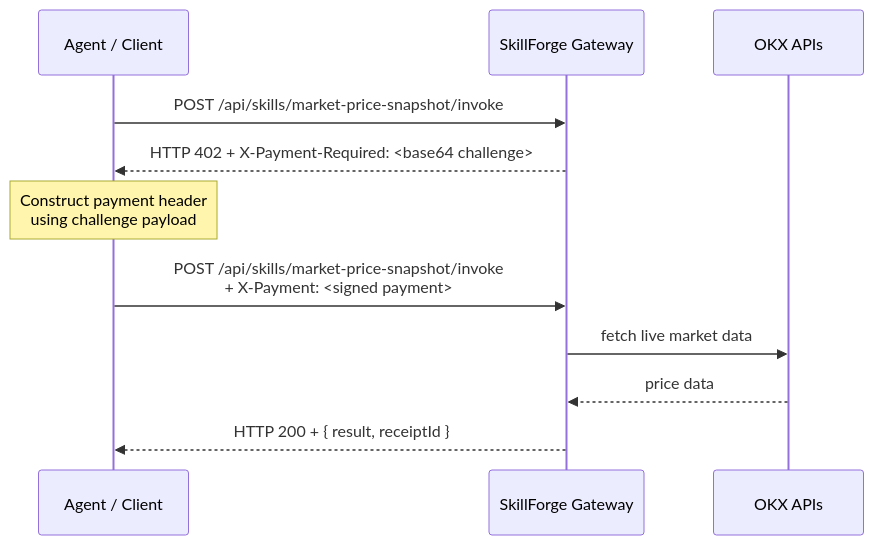
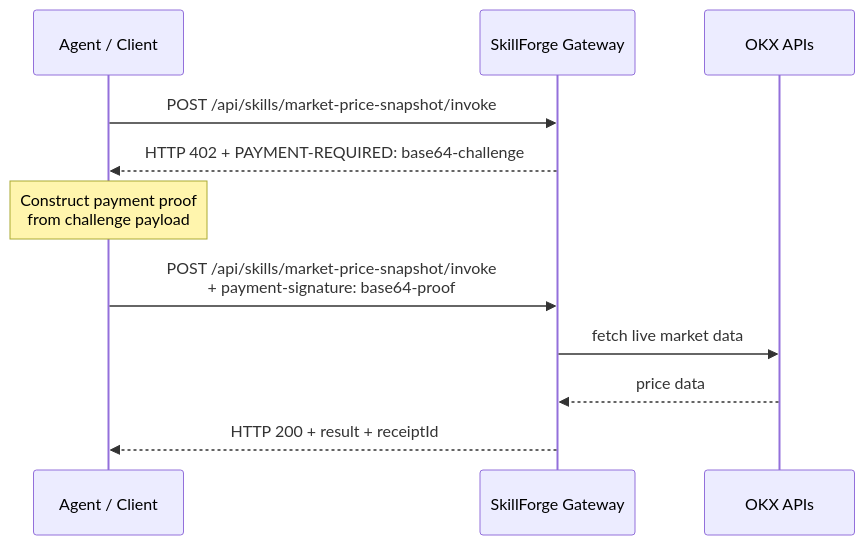
The second of 2 diagrams in README.md (Vinaystwt/skillforge), drawn with Mermaid before and after one commit. The commit also changed other lines of this file, not shown here.

Commit message:
fix readme diagrams

````diff
--- a/README.md
+++ b/README.md
@@ -74,16 +71,16 @@
 ```mermaid
 sequenceDiagram
     participant A as Agent / Client
     participant G as SkillForge Gateway
     participant O as OKX APIs
 
     A->>G: POST /api/skills/market-price-snapshot/invoke
-    G-->>A: HTTP 402 + X-Payment-Required: <base64 challenge>
+    G-->>A: HTTP 402 + PAYMENT-REQUIRED: base64-challenge
 
-    Note over A: Construct payment header<br/>using challenge payload
+    Note over A: Construct payment proof<br/>from challenge payload
 
-    A->>G: POST /api/skills/market-price-snapshot/invoke<br/>+ X-Payment: <signed payment>
+    A->>G: POST /api/skills/market-price-snapshot/invoke<br/>+ payment-signature: base64-proof
     G->>O: fetch live market data
     O-->>G: price data
-    G-->>A: HTTP 200 + { result, receiptId }
+    G-->>A: HTTP 200 + result + receiptId
 ```
````
